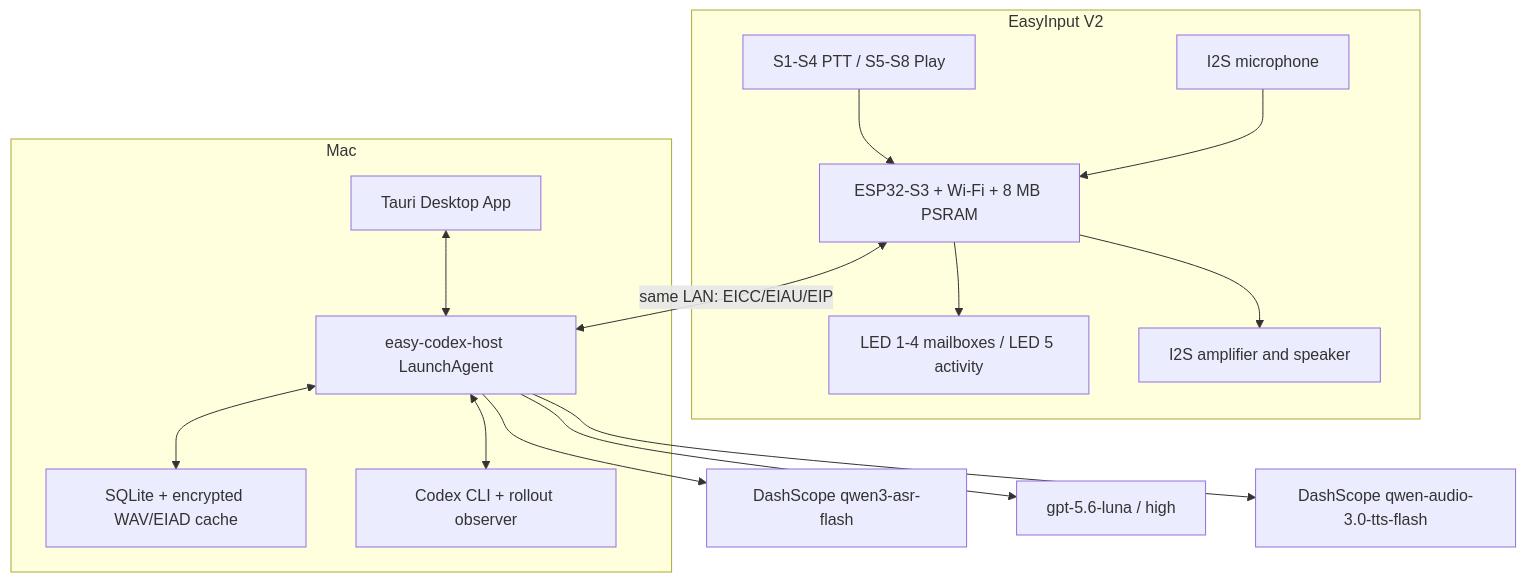
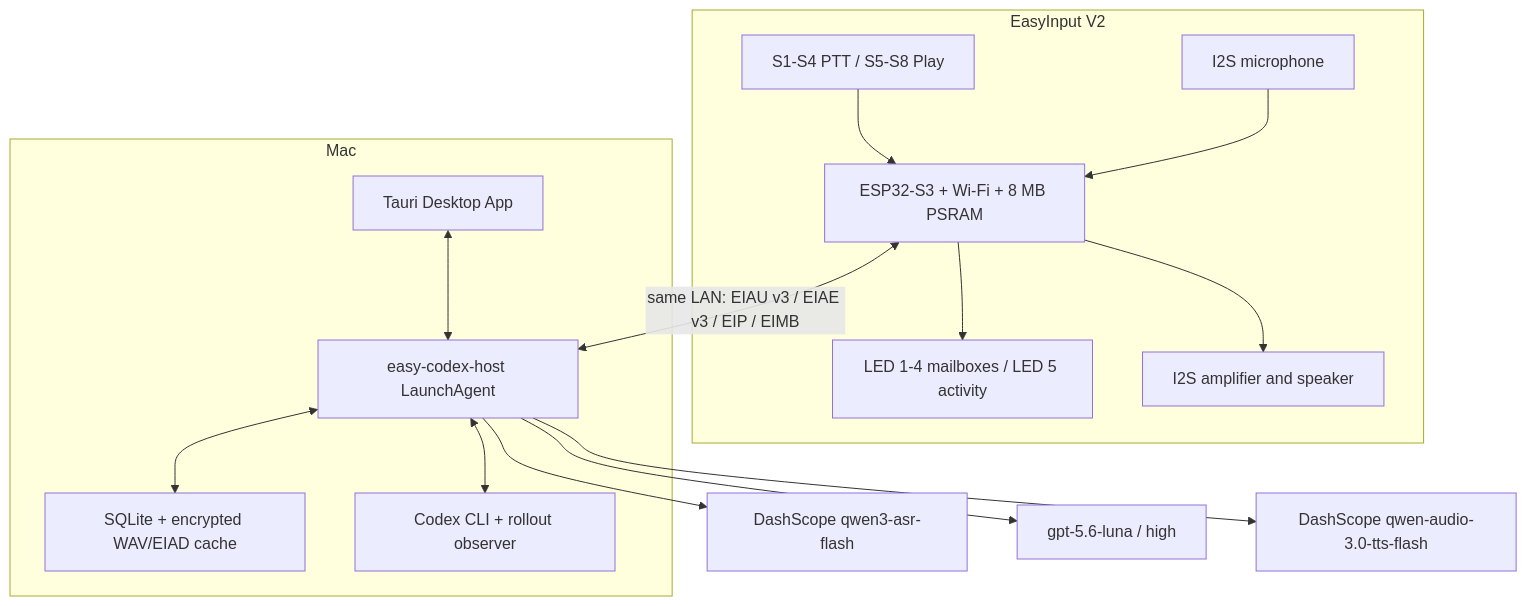
Before and after one commit to Larkspur-Wang/Codex_Keyboard: the first of 3 diagrams in docs/端到端架构.md, drawn with Mermaid. The commit also changed other lines of this file and 87 other files, not shown here.

````diff
--- a/docs/端到端架构.md
+++ b/docs/端到端架构.md
@@ -5,33 +5,33 @@
 ```mermaid
 flowchart TB
     subgraph Keyboard["EasyInput V2"]
         KEYS["S1-S4 PTT / S5-S8 Play"]
         MIC["I2S microphone"]
         ESP["ESP32-S3 + Wi-Fi + 8 MB PSRAM"]
         LED["LED 1-4 mailboxes / LED 5 activity"]
         SPK["I2S amplifier and speaker"]
         KEYS --> ESP
         MIC --> ESP
         ESP --> SPK
         ESP --> LED
     end
 
     subgraph Mac["Mac"]
         APP["Tauri Desktop App"]
         HOST["easy-codex-host LaunchAgent"]
         DB["SQLite + encrypted WAV/EIAD cache"]
         CODEX["Codex CLI + rollout observer"]
         APP <--> HOST
         HOST <--> DB
         HOST <--> CODEX
     end
 
     ASR["DashScope qwen3-asr-flash"]
     SPARK["gpt-5.6-luna / high"]
     TTS["DashScope qwen-audio-3.0-tts-flash"]
 
-    ESP <-->|"same LAN: EICC/EIAU/EIP"| HOST
+    ESP <-->|"same LAN: EIAU v3 / EIAE v3 / EIP / EIMB"| HOST
     HOST --> ASR
     HOST --> SPARK
     HOST --> TTS
 ```
````
